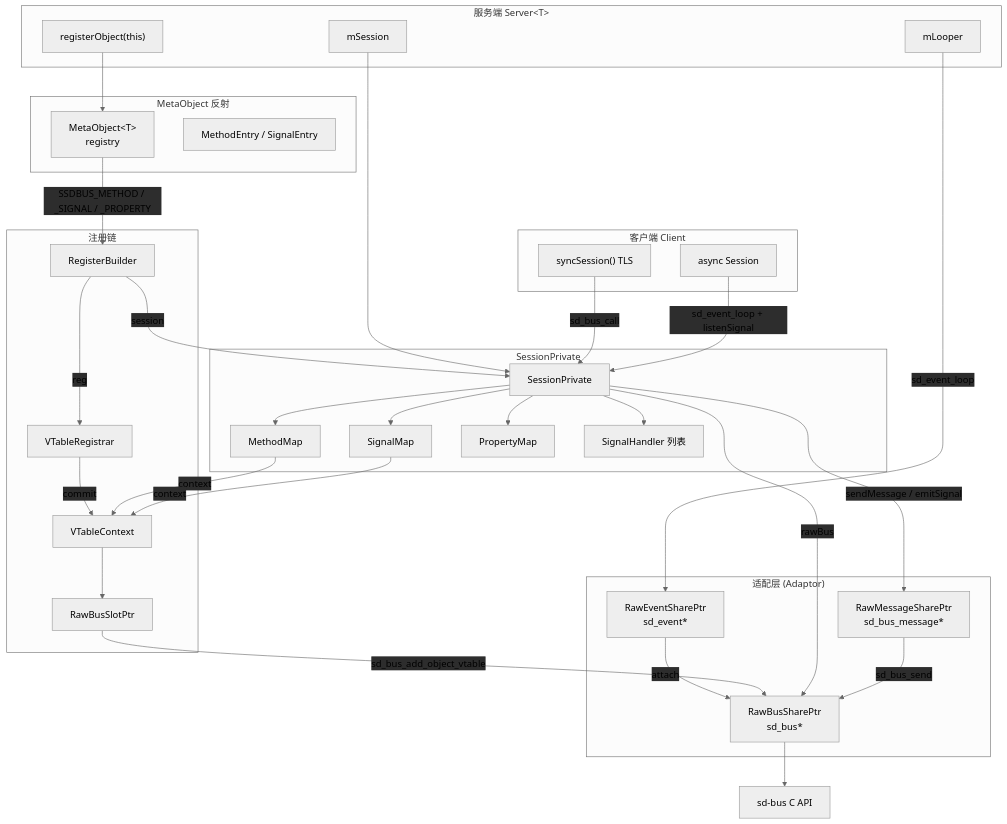
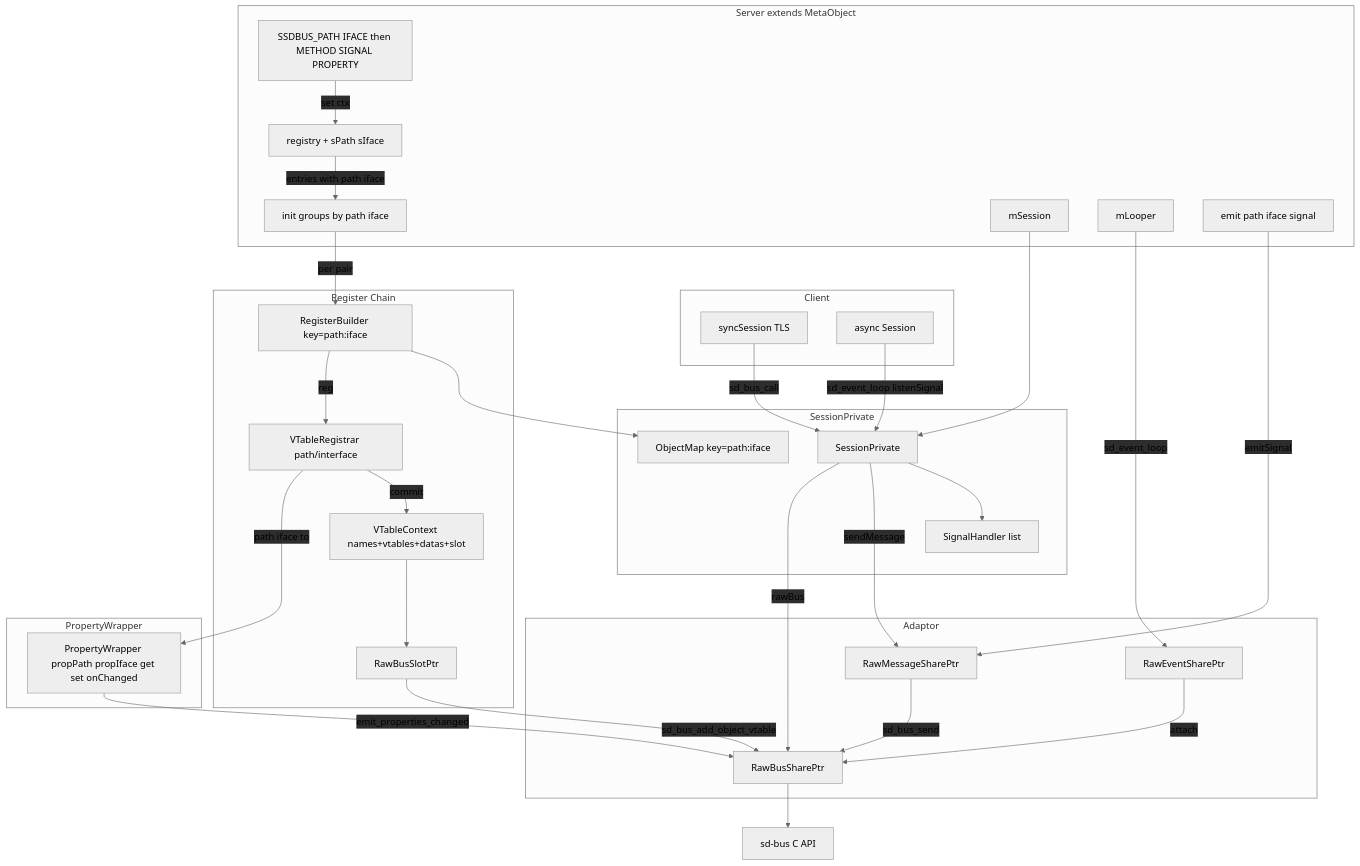
Before and after one commit to soul-science/dbusxx: the second of 2 diagrams in plan.md, drawn with Mermaid. The commit also changed other lines of this file and 11 other files, not shown here.

````diff
--- a/plan.md
+++ b/plan.md
@@ -202,68 +207,68 @@
 ```mermaid
 %%{init: {'theme': 'neutral', 'themeVariables': { 'edgeLabelBackground':'#2d2d2d' }}}%%
 graph TD
-    subgraph 服务端["服务端 Server&lt;T&gt;"]
+    subgraph 服务端["Server extends MetaObject"]
+        MO["registry + sPath sIface"]
+        Macro["SSDBUS_PATH IFACE then METHOD SIGNAL PROPERTY"]
+        S_init["init groups by path iface"]
         S_Session["mSession"]
         S_Looper["mLooper"]
-        S_RO["registerObject(this)"]
+        S_emit["emit path iface signal"]
     end
 
-    subgraph 客户端["客户端 Client"]
-        C_Sync["syncSession() TLS"]
+    subgraph 客户端["Client"]
+        C_Sync["syncSession TLS"]
         C_Async["async Session"]
     end
 
     subgraph 核心["SessionPrivate"]
         SP["SessionPrivate"]
-        MM["MethodMap"]
-        SM["SignalMap"]
-        PropM["PropertyMap"]
-        SigH["SignalHandler 列表"]
+        Objects["ObjectMap key=path:iface"]
+        SigH["SignalHandler list"]
     end
 
-    subgraph 注册链["注册链"]
-        RB["RegisterBuilder"]
-        VReg["VTableRegistrar"]
-        VCTX["VTableContext"]
+    subgraph 注册链["Register Chain"]
+        RB["RegisterBuilder key=path:iface"]
+        VReg["VTableRegistrar path/interface"]
+        VCTX["VTableContext names+vtables+datas+slot"]
         Slot["RawBusSlotPtr"]
     end
 
-    subgraph 适配层["适配层 (Adaptor)"]
-        RawBus["RawBusSharePtr<br/>sd_bus*"]
-        RawMsg["RawMessageSharePtr<br/>sd_bus_message*"]
-        RawEvent["RawEventSharePtr<br/>sd_event*"]
+    subgraph 适配层["Adaptor"]
+        RawBus["RawBusSharePtr"]
+        RawMsg["RawMessageSharePtr"]
+        RawEvent["RawEventSharePtr"]
     end
 
-    subgraph 反射["MetaObject 反射"]
-        MO["MetaObject&lt;T&gt;<br/>registry"]
-        Entry["MethodEntry / SignalEntry"]
+    subgraph 属性["PropertyWrapper"]
+        PW["PropertyWrapper propPath propIface get set onChanged"]
     end
 
     S_Session --> SP
     S_Looper -->|sd_event_loop| RawEvent
     RawEvent -->|attach| RawBus
-    S_RO --> MO
 
-    MO -->|SSDBUS_METHOD / _SIGNAL / _PROPERTY| RB
-    RB -->|session| SP
+    Macro -->|set ctx| MO
+    MO -->|entries with path iface| S_init
+    S_init -->|per pair| RB
+
+    C_Sync -->|sd_bus_call| SP
+    C_Async -->|sd_event_loop listenSignal| SP
+
     RB -->|reg| VReg
+    VReg -->|path iface to| PW
     VReg -->|commit| VCTX
     VCTX --> Slot
     Slot -->|sd_bus_add_object_vtable| RawBus
 
+    RB --> Objects
+
     SP -->|rawBus| RawBus
-    SP -->|sendMessage / emitSignal| RawMsg
+    SP -->|sendMessage| RawMsg
+    S_emit -->|emitSignal| RawMsg
     RawMsg -->|sd_bus_send| RawBus
     RawBus --> sd_bus["sd-bus C API"]
 
-    SP --> MM
-    SP --> SM
-    SP --> PropM
     SP --> SigH
-
-    MM -->|context| VCTX
-    SM -->|context| VCTX
-
-    C_Sync -->|sd_bus_call| SP
-    C_Async -->|sd_event_loop + listenSignal| SP
+    PW -->|emit_properties_changed| RawBus
 ```
````
